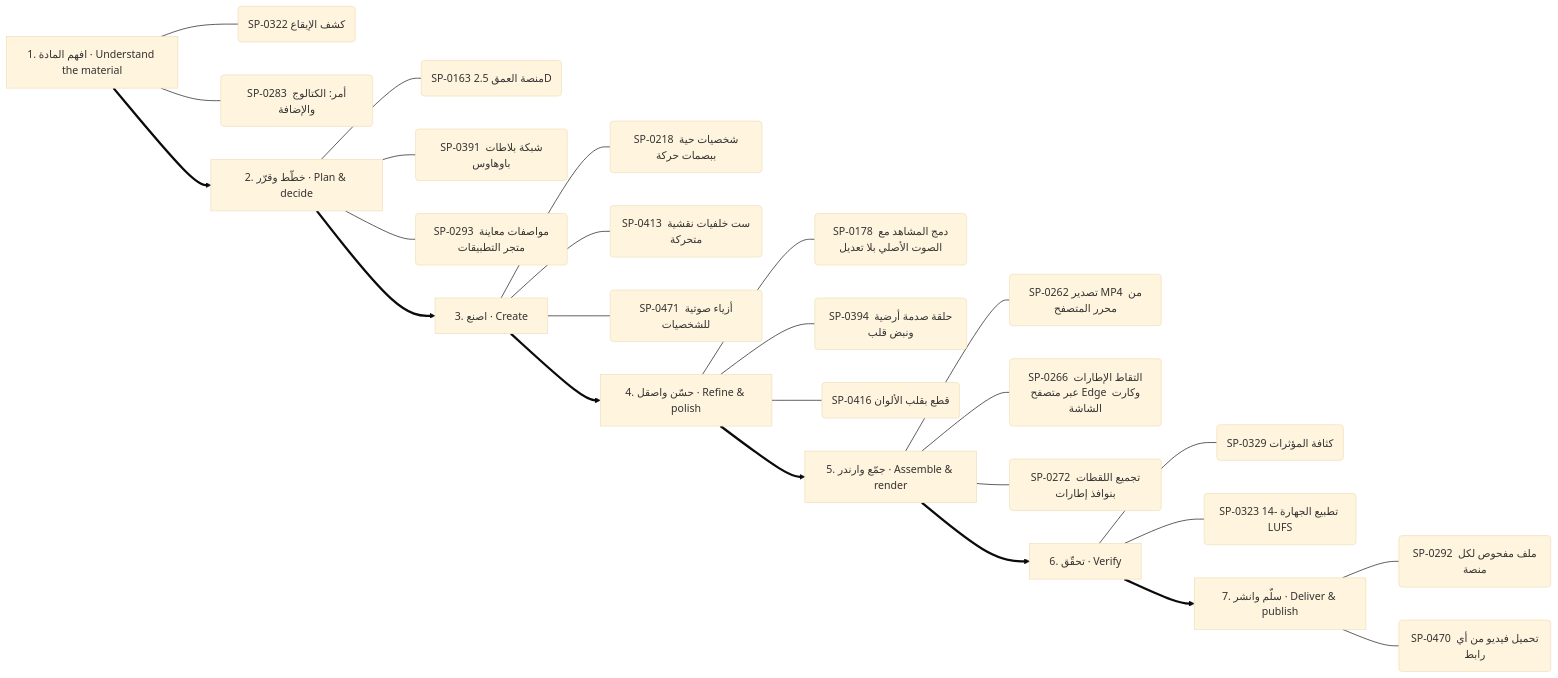
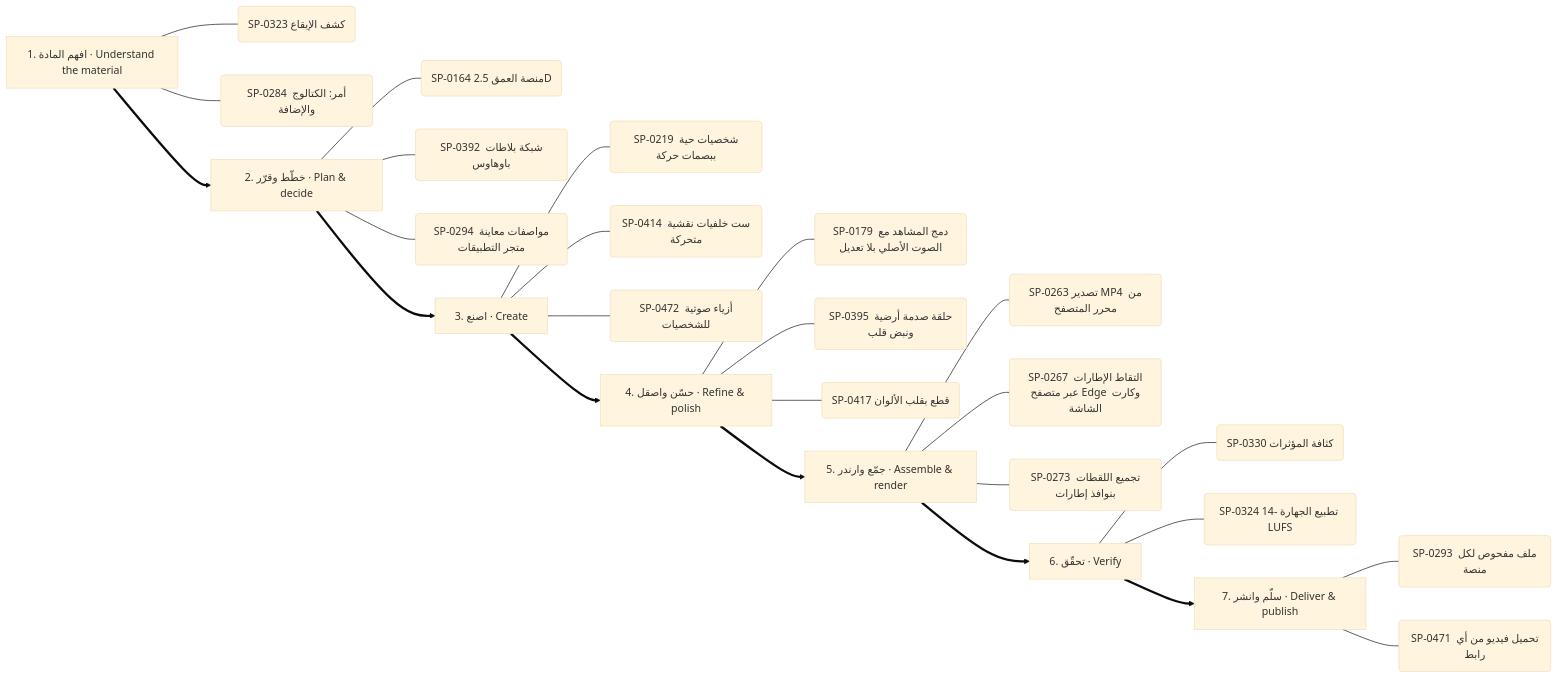
Before and after one commit to kosif199022-jpg/kosif-tool: the fourth of 13 diagrams in .claude/skills/kosif-superpowers/references/capability-mindmap.md, drawn with Mermaid (base theme). The commit also changed other lines of this file and 65 other files, not shown here.

````diff
--- a/.claude/skills/kosif-superpowers/references/capability-mindmap.md
+++ b/.claude/skills/kosif-superpowers/references/capability-mindmap.md
@@ -227,34 +227,34 @@
 ```mermaid
 flowchart LR
   S0["1. افهم المادة · Understand the material"]
-  S0 --- S0_0("SP-0322 كشف الإيقاع")
-  S0 --- S0_1("SP-0283 أمر: الكتالوج والإضافة")
+  S0 --- S0_0("SP-0323 كشف الإيقاع")
+  S0 --- S0_1("SP-0284 أمر: الكتالوج والإضافة")
   S1["2. خطّط وقرّر · Plan & decide"]
-  S1 --- S1_0("SP-0163 منصة العمق 2.5D")
-  S1 --- S1_1("SP-0391 شبكة بلاطات باوهاوس")
-  S1 --- S1_2("SP-0293 مواصفات معاينة متجر التطبيقات")
+  S1 --- S1_0("SP-0164 منصة العمق 2.5D")
+  S1 --- S1_1("SP-0392 شبكة بلاطات باوهاوس")
+  S1 --- S1_2("SP-0294 مواصفات معاينة متجر التطبيقات")
   S0 ==> S1
   S2["3. اصنع · Create"]
-  S2 --- S2_0("SP-0218 شخصيات حية ببصمات حركة")
-  S2 --- S2_1("SP-0413 ست خلفيات نقشية متحركة")
-  S2 --- S2_2("SP-0471 أزياء صوتية للشخصيات")
+  S2 --- S2_0("SP-0219 شخصيات حية ببصمات حركة")
+  S2 --- S2_1("SP-0414 ست خلفيات نقشية متحركة")
+  S2 --- S2_2("SP-0472 أزياء صوتية للشخصيات")
   S1 ==> S2
   S3["4. حسّن واصقل · Refine & polish"]
-  S3 --- S3_0("SP-0178 دمج المشاهد مع الصوت الأصلي بلا تعديل")
-  S3 --- S3_1("SP-0394 حلقة صدمة أرضية ونبض قلب")
-  S3 --- S3_2("SP-0416 قطع بقلب الألوان")
+  S3 --- S3_0("SP-0179 دمج المشاهد مع الصوت الأصلي بلا تعديل")
+  S3 --- S3_1("SP-0395 حلقة صدمة أرضية ونبض قلب")
+  S3 --- S3_2("SP-0417 قطع بقلب الألوان")
   S2 ==> S3
   S4["5. جمّع وارندر · Assemble & render"]
-  S4 --- S4_0("SP-0262 تصدير MP4 من محرر المتصفح")
-  S4 --- S4_1("SP-0266 التقاط الإطارات عبر متصفح Edge وكارت الشاشة")
-  S4 --- S4_2("SP-0272 تجميع اللقطات بنوافذ إطارات")
+  S4 --- S4_0("SP-0263 تصدير MP4 من محرر المتصفح")
+  S4 --- S4_1("SP-0267 التقاط الإطارات عبر متصفح Edge وكارت الشاشة")
+  S4 --- S4_2("SP-0273 تجميع اللقطات بنوافذ إطارات")
   S3 ==> S4
   S5["6. تحقّق · Verify"]
-  S5 --- S5_0("SP-0329 كثافة المؤثرات")
-  S5 --- S5_1("SP-0323 تطبيع الجهارة -14 LUFS")
+  S5 --- S5_0("SP-0330 كثافة المؤثرات")
+  S5 --- S5_1("SP-0324 تطبيع الجهارة -14 LUFS")
   S4 ==> S5
   S6["7. سلّم وانشر · Deliver & publish"]
-  S6 --- S6_0("SP-0292 ملف مفحوص لكل منصة")
-  S6 --- S6_1("SP-0470 تحميل فيديو من أي رابط")
+  S6 --- S6_0("SP-0293 ملف مفحوص لكل منصة")
+  S6 --- S6_1("SP-0471 تحميل فيديو من أي رابط")
   S5 ==> S6
 ```
````
